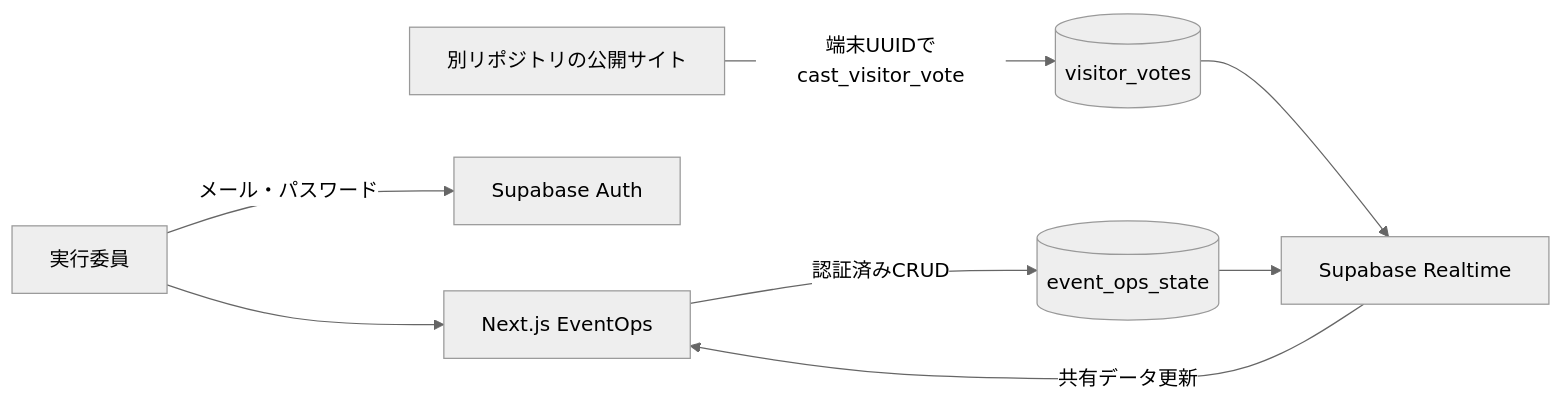
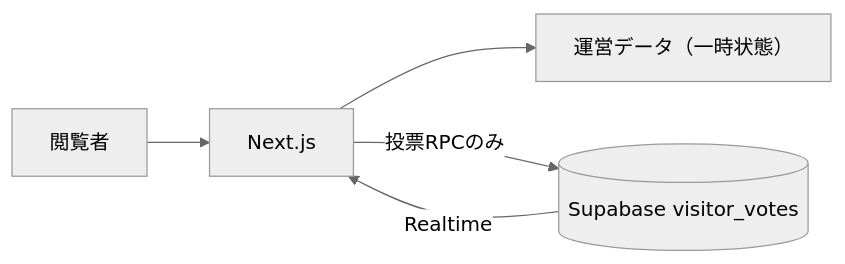
The diagram in docs/system-architecture.md (kokutowarabi/event-ops), drawn with Mermaid (neutral theme) before and after one commit. The commit also changed other lines of this file and 18 other files, not shown here.

````diff
--- a/docs/system-architecture.md
+++ b/docs/system-architecture.md
@@ -3,18 +3,7 @@
 ```mermaid
 flowchart LR
-  Staff["実行委員"]
-  PublicSite["別リポジトリの公開サイト"]
-  App["Next.js EventOps"]
-  Auth["Supabase Auth"]
-  State[("event_ops_state")]
-  Votes[("visitor_votes")]
-  Realtime["Supabase Realtime"]
-
-  Staff -->|"メール・パスワード"| Auth
-  Staff --> App
-  App -->|"認証済みCRUD"| State
-  PublicSite -->|"端末UUIDでcast_visitor_vote"| Votes
-  Realtime -->|"共有データ更新"| App
-  State --> Realtime
-  Votes --> Realtime
+  User["閲覧者"] --> App["Next.js"]
+  App --> Local["運営データ（一時状態）"]
+  App -->|"投票RPCのみ"| Votes[("Supabase visitor_votes")]
+  Votes -->|"Realtime"| App
 ```
````
